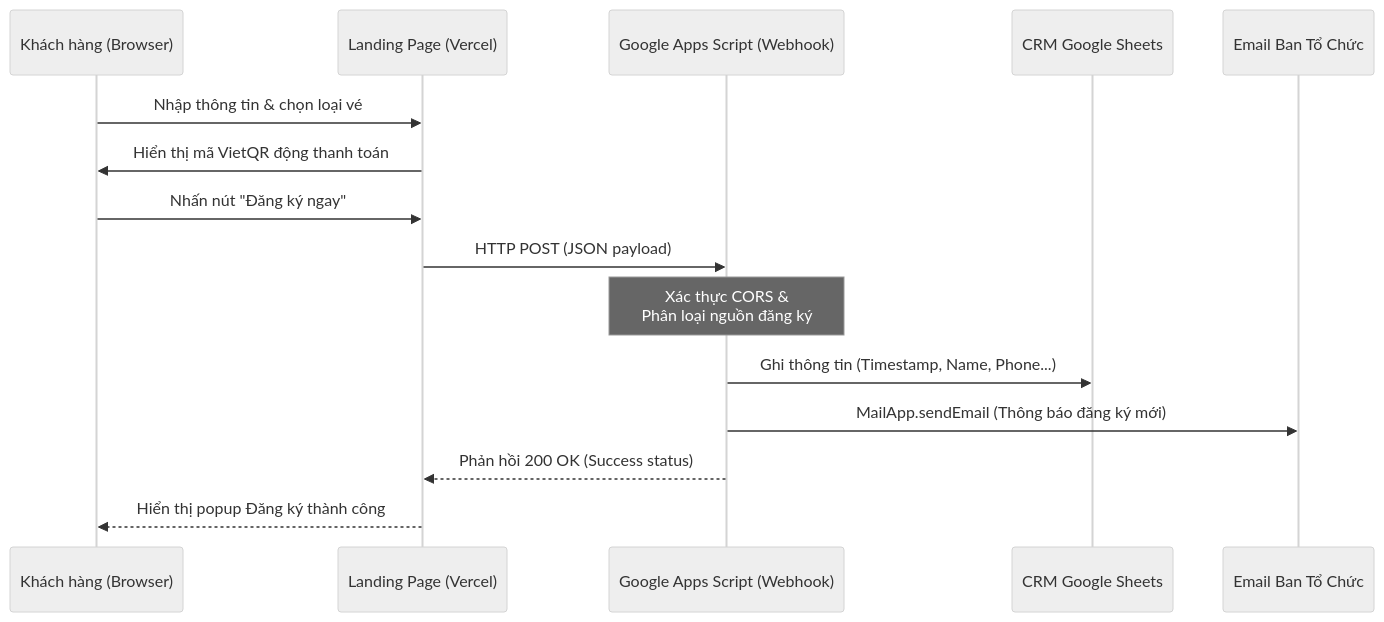
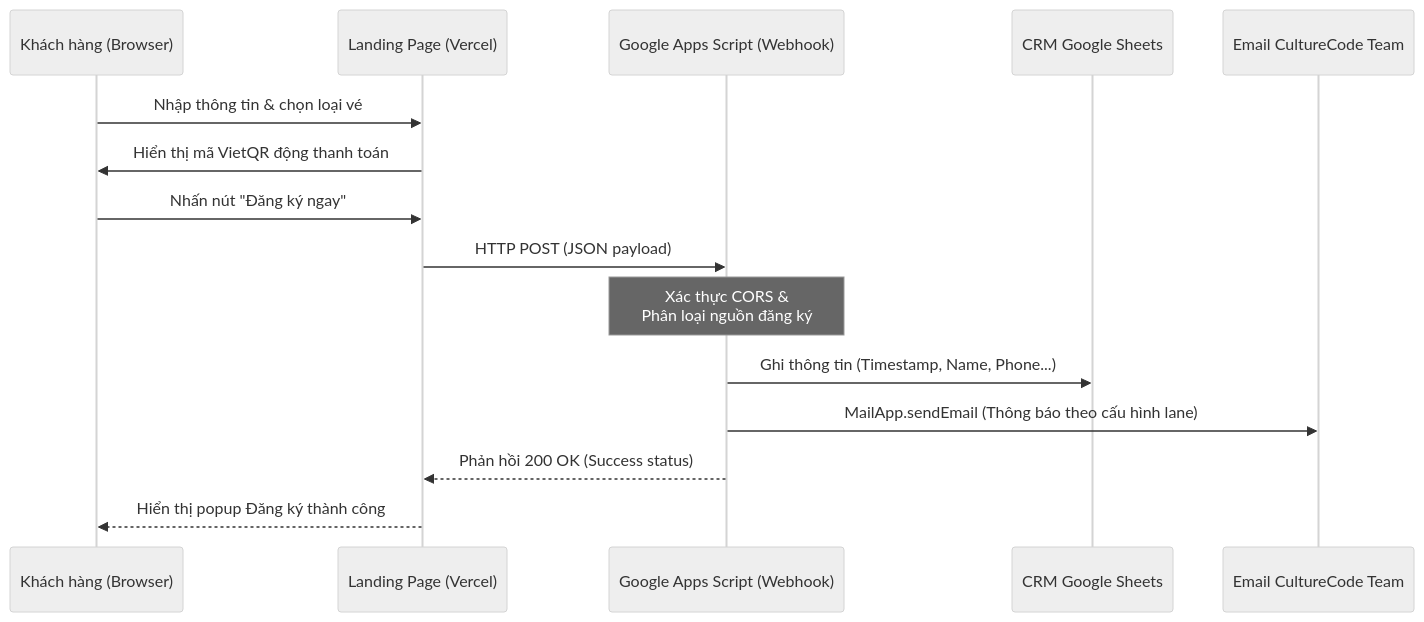
One commit to culturecodefeedforward/DeliveringHappiness changed the first of 7 diagrams in docs/system-architecture.md. Above: the diagram before and after it, drawn with Mermaid (neutral theme). The commit also changed other lines of this file and 7 other files, not shown here.

````diff
--- a/docs/system-architecture.md
+++ b/docs/system-architecture.md
@@ -10,18 +10,18 @@
 ```mermaid
 sequenceDiagram
     participant User as Khách hàng (Browser)
     participant Web as Landing Page (Vercel)
     participant GAS as Google Apps Script (Webhook)
     participant CRM as CRM Google Sheets
-    participant BTC as Email Ban Tổ Chức
+    participant Team as Email CultureCode Team
 
     User->>Web: Nhập thông tin & chọn loại vé
     Web->>User: Hiển thị mã VietQR động thanh toán
     User->>Web: Nhấn nút "Đăng ký ngay"
     Web->>GAS: HTTP POST (JSON payload)
     Note over GAS: Xác thực CORS &<br/>Phân loại nguồn đăng ký
     GAS->>CRM: Ghi thông tin (Timestamp, Name, Phone...)
-    GAS->>BTC: MailApp.sendEmail (Thông báo đăng ký mới)
+    GAS->>Team: MailApp.sendEmail (Thông báo theo cấu hình lane)
     GAS-->>Web: Phản hồi 200 OK (Success status)
     Web-->>User: Hiển thị popup Đăng ký thành công
 ```
````
